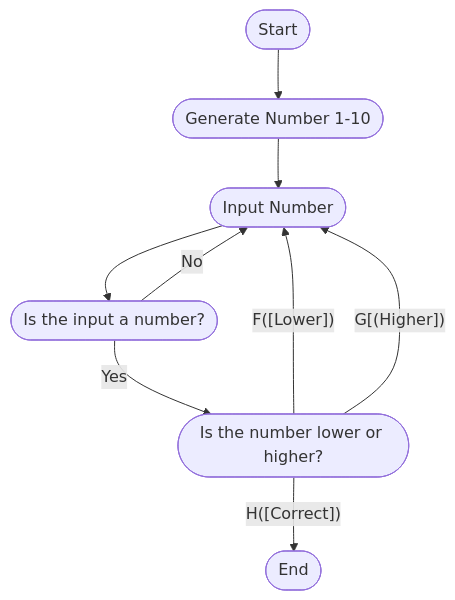
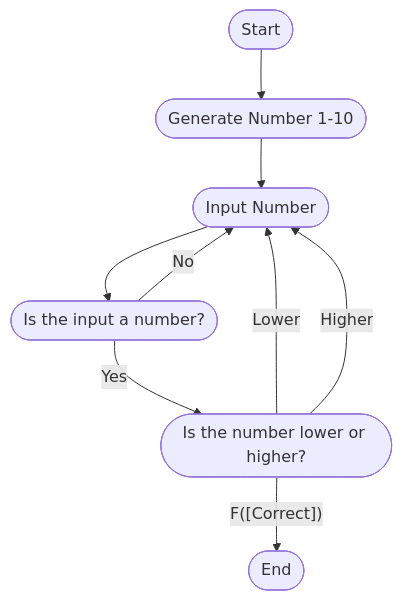
One commit to Wil134/Wil134.github.io changed the diagram in Guessing.md. Above: the diagram before and after it, drawn with Mermaid.

````diff
--- a/Guessing.md
+++ b/Guessing.md
@@ -2,11 +2,11 @@
 ```mermaid
 flowchart TD;
 A([Start]) --> B([Generate Number 1-10])
 B --> C([Input Number])
 C --> D([Is the input a number?])
 D -- No --> C
 D -- Yes --> E([Is the number lower or higher?])
-E -- F([Lower]) --> C
-E -- G[(Higher]) --> C
-E -- H([Correct]) --> I([End])
+E -- Lower --> C
+E -- Higher --> C
+E -- F([Correct]) --> G([End])
 ```
````
